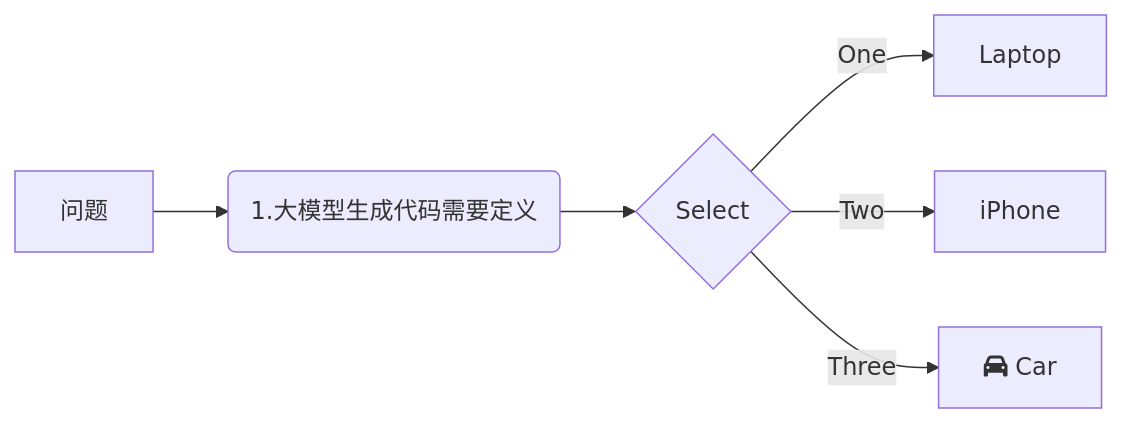
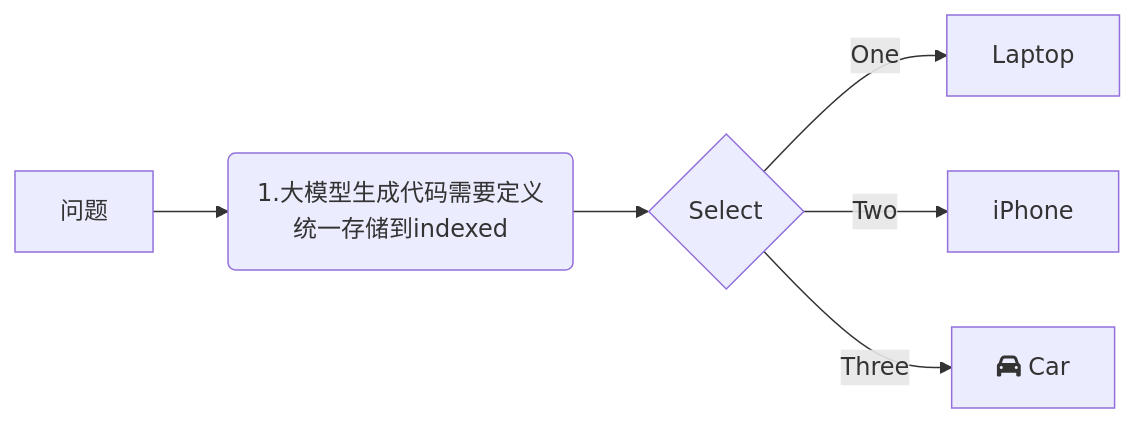
The diagram in all/未命名-21.md (yingjianzh/iodraw-files), drawn with Mermaid before and after one commit.

Commit message:
2025-02-17 14:17:43 update

````diff
--- a/all/未命名-21.md
+++ b/all/未命名-21.md
@@ -1,9 +1,9 @@
 ```mermaid
 graph LR
-    A[问题] -->B(1.大模型生成代码需要定义)
+    A[问题] -->B(1.大模型生成代码需要定义统一存储到indexed)
     B --> C{Select}
     C -->|One| D[Laptop]
     C -->|Two| E[iPhone]
     C -->|Three| F[fa:fa-car Car]
   
 ```
````
